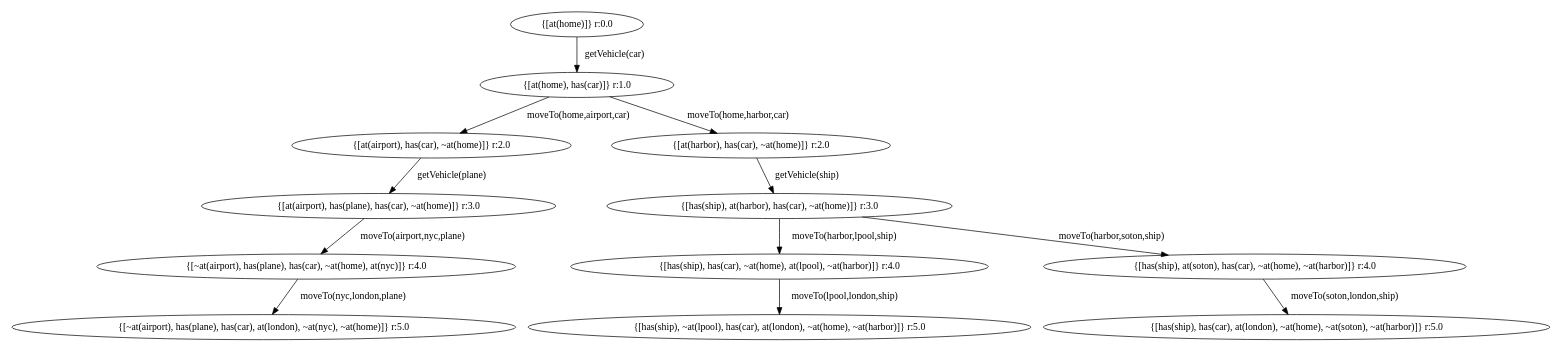
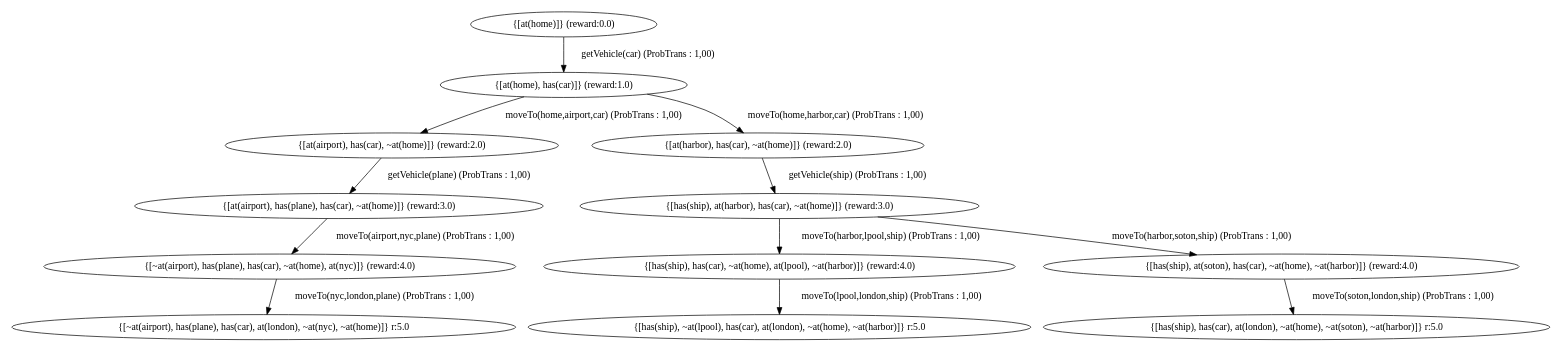
The diagram in chimp/src/main/java/examples/MDP/gotolondon/gotolondonGraph.dot (htiraHatem/CHIMP_MDP), drawn with Graphviz before and after one commit. The commit also changed 2 other files, not shown here.

```diff
--- a/chimp/src/main/java/examples/MDP/gotolondon/gotolondonGraph.dot
+++ b/chimp/src/main/java/examples/MDP/gotolondon/gotolondonGraph.dot
@@ -1,26 +1,26 @@
 digraph {
  size="18,11";
 "5" [label="{[~at(airport), has(plane), has(car), at(london), ~at(nyc), ~at(home)]} r:5.0"];
 "9" [label="{[has(ship), ~at(lpool), has(car), at(london), ~at(home), ~at(harbor)]} r:5.0"];
 "11" [label="{[has(ship), has(car), at(london), ~at(home), ~at(soton), ~at(harbor)]} r:5.0"];
-"0" [label="{[at(home)]} r:0.0"];
-"1" [label="{[at(home), has(car)]} r:1.0"];
-"2" [label="{[at(airport), has(car), ~at(home)]} r:2.0"];
-"3" [label="{[at(airport), has(plane), has(car), ~at(home)]} r:3.0"];
-"4" [label="{[~at(airport), has(plane), has(car), ~at(home), at(nyc)]} r:4.0"];
-"6" [label="{[at(harbor), has(car), ~at(home)]} r:2.0"];
-"7" [label="{[has(ship), at(harbor), has(car), ~at(home)]} r:3.0"];
-"8" [label="{[has(ship), has(car), ~at(home), at(lpool), ~at(harbor)]} r:4.0"];
-"10" [label="{[has(ship), at(soton), has(car), ~at(home), ~at(harbor)]} r:4.0"];
-"0" -> "1" [ label="getVehicle(car)" ];
-"1" -> "2" [ label="moveTo(home,airport,car)" ];
-"1" -> "6" [ label="moveTo(home,harbor,car)" ];
-"2" -> "3" [ label="getVehicle(plane)" ];
-"3" -> "4" [ label="moveTo(airport,nyc,plane)" ];
-"4" -> "5" [ label="moveTo(nyc,london,plane)" ];
-"6" -> "7" [ label="getVehicle(ship)" ];
-"7" -> "8" [ label="moveTo(harbor,lpool,ship)" ];
-"7" -> "10" [ label="moveTo(harbor,soton,ship)" ];
-"8" -> "9" [ label="moveTo(lpool,london,ship)" ];
-"10" -> "11" [ label="moveTo(soton,london,ship)" ];
+"0" [label="{[at(home)]} (reward:0.0) "];
+"1" [label="{[at(home), has(car)]} (reward:1.0) "];
+"2" [label="{[at(airport), has(car), ~at(home)]} (reward:2.0) "];
+"3" [label="{[at(airport), has(plane), has(car), ~at(home)]} (reward:3.0) "];
+"4" [label="{[~at(airport), has(plane), has(car), ~at(home), at(nyc)]} (reward:4.0) "];
+"6" [label="{[at(harbor), has(car), ~at(home)]} (reward:2.0) "];
+"7" [label="{[has(ship), at(harbor), has(car), ~at(home)]} (reward:3.0) "];
+"8" [label="{[has(ship), has(car), ~at(home), at(lpool), ~at(harbor)]} (reward:4.0) "];
+"10" [label="{[has(ship), at(soton), has(car), ~at(home), ~at(harbor)]} (reward:4.0) "];
+"0" -> "1" [ label="getVehicle(car) (ProbTrans : 1,00)" ];
+"1" -> "2" [ label="moveTo(home,airport,car) (ProbTrans : 1,00)" ];
+"1" -> "6" [ label="moveTo(home,harbor,car) (ProbTrans : 1,00)" ];
+"2" -> "3" [ label="getVehicle(plane) (ProbTrans : 1,00)" ];
+"3" -> "4" [ label="moveTo(airport,nyc,plane) (ProbTrans : 1,00)" ];
+"4" -> "5" [ label="moveTo(nyc,london,plane) (ProbTrans : 1,00)" ];
+"6" -> "7" [ label="getVehicle(ship) (ProbTrans : 1,00)" ];
+"7" -> "8" [ label="moveTo(harbor,lpool,ship) (ProbTrans : 1,00)" ];
+"7" -> "10" [ label="moveTo(harbor,soton,ship) (ProbTrans : 1,00)" ];
+"8" -> "9" [ label="moveTo(lpool,london,ship) (ProbTrans : 1,00)" ];
+"10" -> "11" [ label="moveTo(soton,london,ship) (ProbTrans : 1,00)" ];
 }
```
